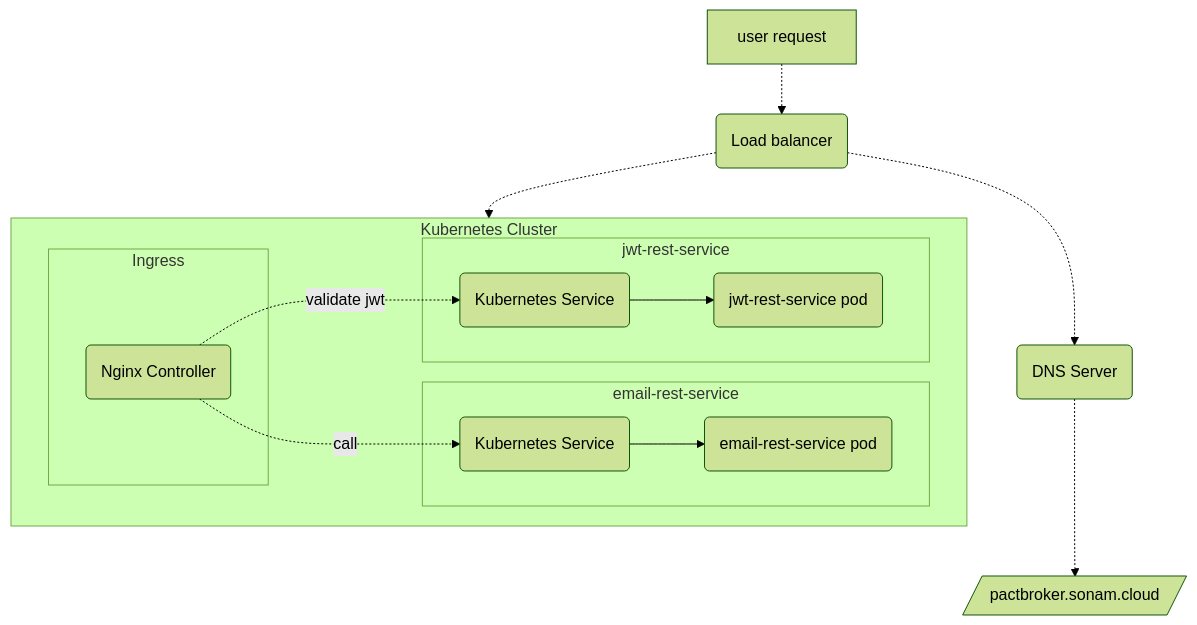
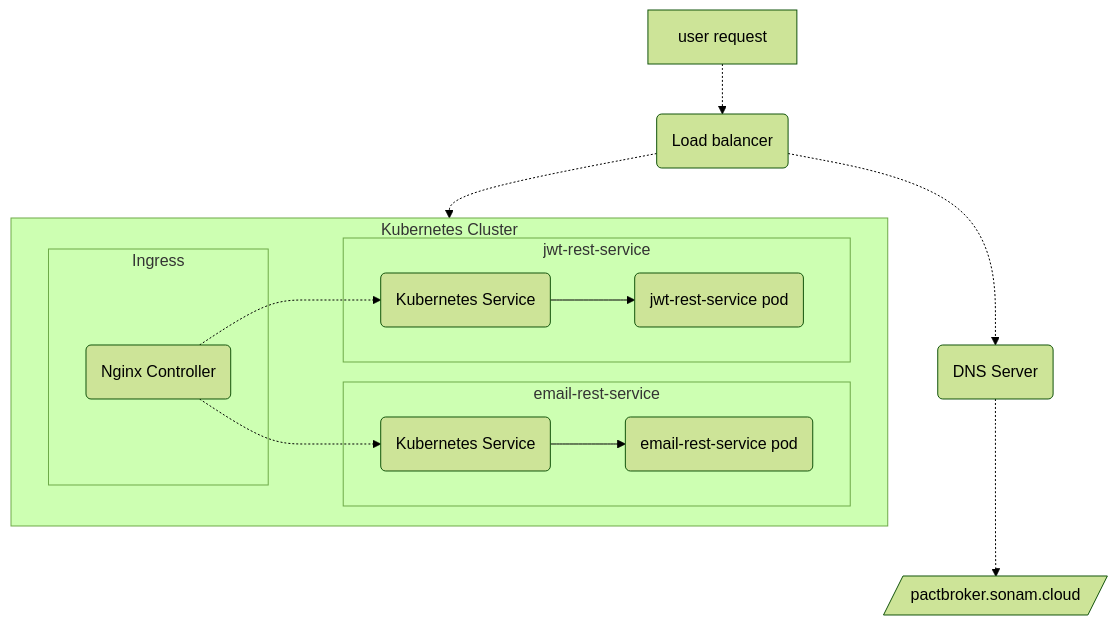
Before and after one commit to sonamsamdupkhangsar/sonamsamdupkhangsar.github.io: the first of 4 diagrams in README.md, drawn with Mermaid (forest theme).

Commit message:
add jwt-rest-service

````diff
--- a/README.md
+++ b/README.md
@@ -12,23 +12,23 @@
 ```mermaid
 flowchart TD
     A[user request] -.-> B(Load balancer)
     B -.-> C(DNS Server)
     C -.-> D[/pactbroker.sonam.cloud/]
     subgraph k8[Kubernetes Cluster]
     subgraph ingress[Ingress]
     F(Nginx Controller)
     end
     subgraph app[email-rest-service]
     G(Kubernetes Service)
     G --> H(email-rest-service pod)
     end    
     subgraph jwt[jwt-rest-service]
     I(Kubernetes Service)
     I --> J(jwt-rest-service pod)
     end    
     end
-    F -. call .-> G
-    F -. validate jwt .-> I
+    F -.-> G
+    F -.-> I
     B -.-> k8
 
 ```
````
